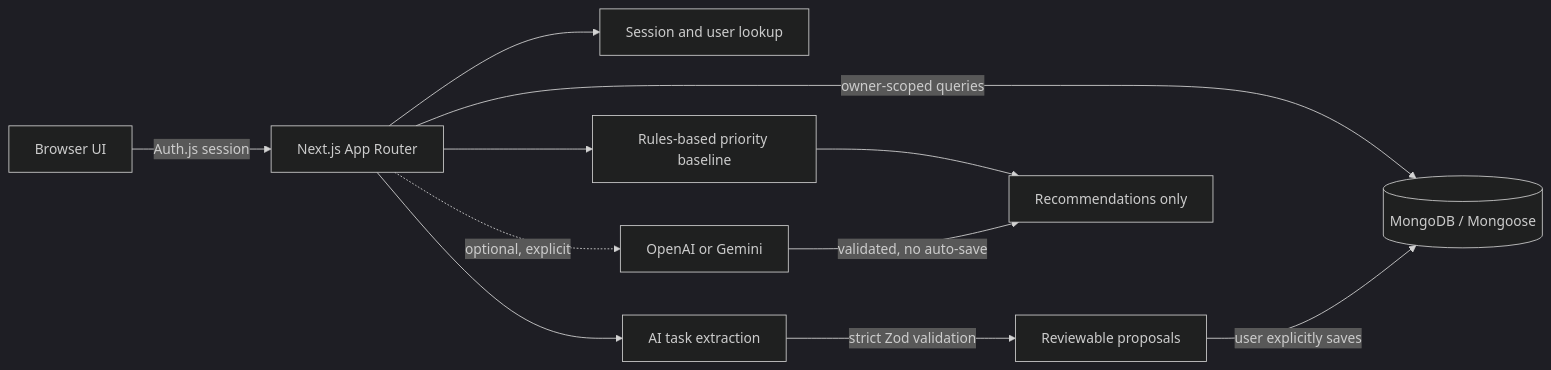
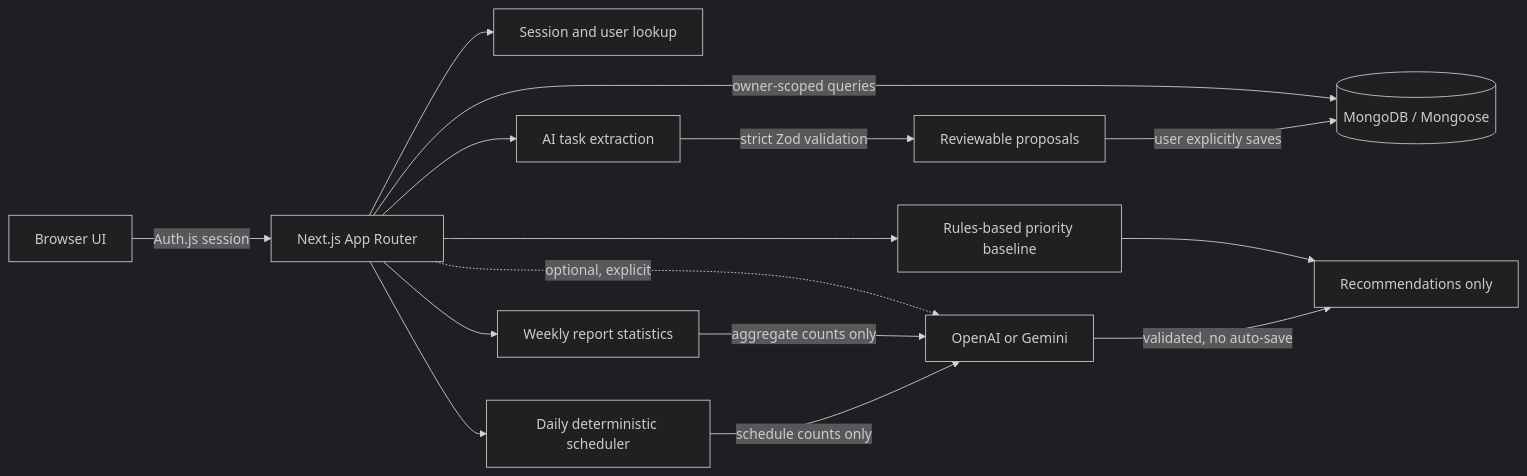
Before and after one commit to manasvipathak/LifeOS: the diagram in docs/DEVELOPMENT.md, drawn with Mermaid (dark theme). The commit also changed other lines of this file and 23 other files, not shown here.

````diff
--- a/docs/DEVELOPMENT.md
+++ b/docs/DEVELOPMENT.md
@@ -36,13 +36,17 @@
 ```mermaid
 flowchart LR
   Browser[Browser UI] -->|Auth.js session| Routes[Next.js App Router]
   Routes --> Auth[Session and user lookup]
   Routes -->|owner-scoped queries| Mongo[(MongoDB / Mongoose)]
   Routes --> Extract[AI task extraction]
   Routes --> Rules[Rules-based priority baseline]
+  Routes --> Report[Weekly report statistics]
+  Routes --> Planner[Daily deterministic scheduler]
   Routes -. optional, explicit .-> Provider[OpenAI or Gemini]
   Extract -->|strict Zod validation| Proposals[Reviewable proposals]
   Proposals -->|user explicitly saves| Mongo
   Rules --> Suggestions[Recommendations only]
+  Report -->|aggregate counts only| Provider
+  Planner -->|schedule counts only| Provider
   Provider -->|validated, no auto-save| Suggestions
 ```
````
